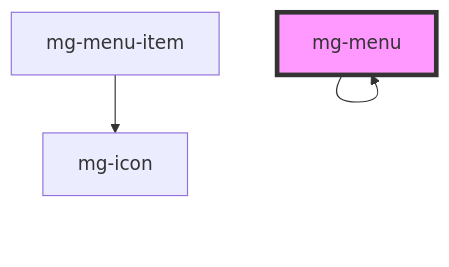
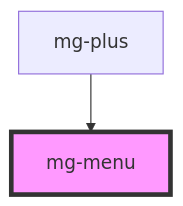
Before and after one commit to MGDIS/mg-components: the diagram in src/components/molecules/menu/mg-menu/readme.md, drawn with Mermaid. The commit also changed other lines of this file and 183 other files, not shown here.

````diff
--- a/src/components/molecules/menu/mg-menu/readme.md
+++ b/src/components/molecules/menu/mg-menu/readme.md
@@ -101,6 +95,5 @@
 ```mermaid
 graph TD;
-  mg-menu --> mg-menu
-  mg-menu-item --> mg-icon
+  mg-plus --> mg-menu
   style mg-menu fill:#f9f,stroke:#333,stroke-width:4px
 ```
````
